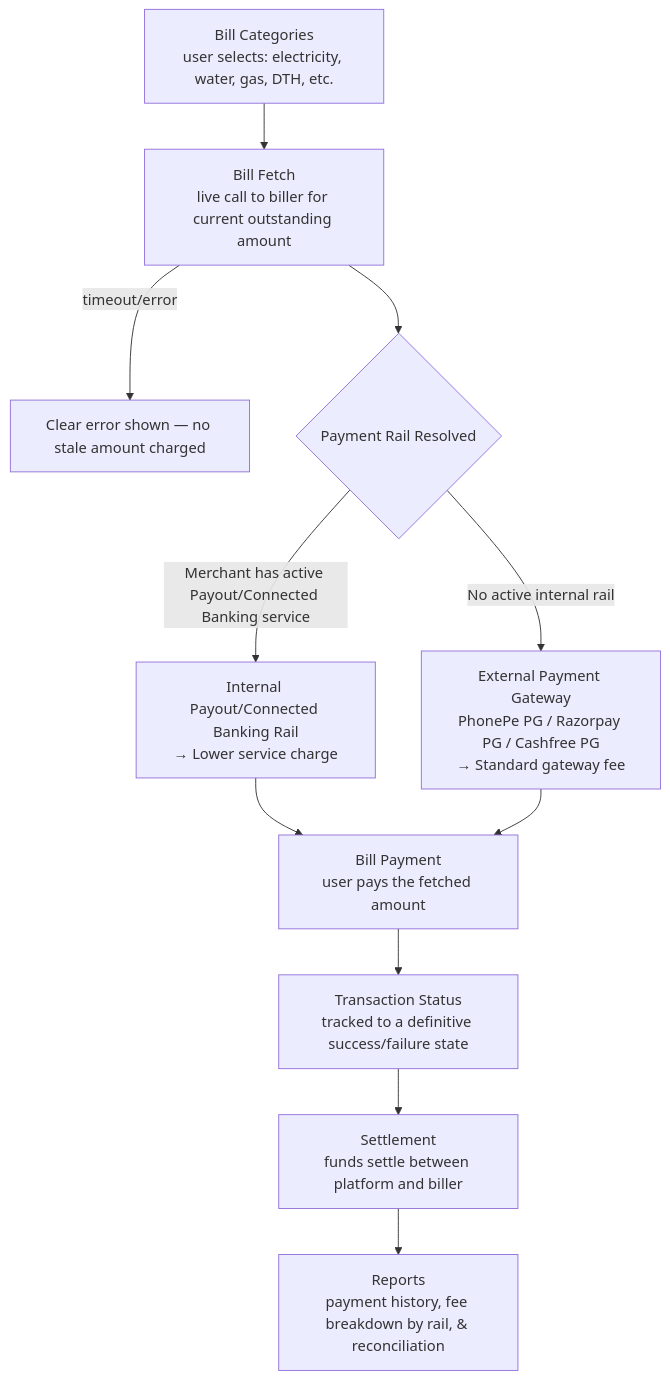
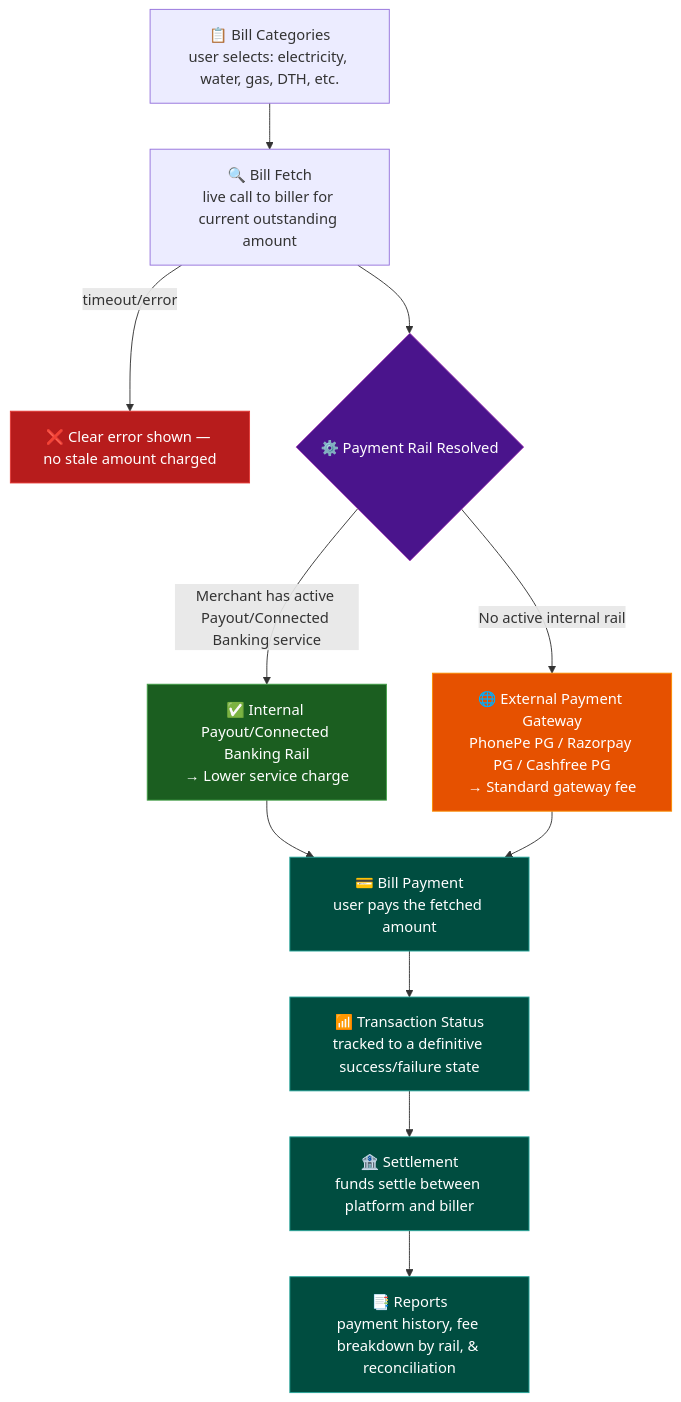
Before and after one commit to ghanendra-sdet/bbps-bill-payment-platform: the diagram in README.md, drawn with Mermaid. The commit also changed other lines of this file, not shown here.

Commit message:
docs: refresh root README with richer diagrams and clearer prose

````diff
--- a/README.md
+++ b/README.md
@@ -123,13 +124,25 @@
 ```mermaid
 flowchart TD
-    A["Bill Categories<br/>user selects: electricity, water, gas, DTH, etc."] --> B["Bill Fetch<br/>live call to biller for current outstanding amount"]
-    B -->|timeout/error| B1["Clear error shown — no stale amount charged"]
-    B --> C{"Payment Rail Resolved"}
-    C -->|Merchant has active Payout/Connected Banking service| D["Internal Payout/Connected Banking Rail<br/>→ Lower service charge"]
-    C -->|No active internal rail| E["External Payment Gateway<br/>PhonePe PG / Razorpay PG / Cashfree PG<br/>→ Standard gateway fee"]
-    D --> F["Bill Payment<br/>user pays the fetched amount"]
+    A["📋 Bill Categories<br/>user selects: electricity, water, gas, DTH, etc."] --> B["🔍 Bill Fetch<br/>live call to biller for current outstanding amount"]
+    B -->|timeout/error| B1["❌ Clear error shown — no stale amount charged"]
+    B --> C{"⚙️ Payment Rail Resolved"}
+    C -->|Merchant has active Payout/Connected Banking service| D["✅ Internal Payout/Connected Banking Rail<br/>→ Lower service charge"]
+    C -->|No active internal rail| E["🌐 External Payment Gateway<br/>PhonePe PG / Razorpay PG / Cashfree PG<br/>→ Standard gateway fee"]
+    D --> F["💳 Bill Payment<br/>user pays the fetched amount"]
     E --> F
-    F --> G["Transaction Status<br/>tracked to a definitive success/failure state"]
-    G --> H["Settlement<br/>funds settle between platform and biller"]
-    H --> I["Reports<br/>payment history, fee breakdown by rail, & reconciliation"]
+    F --> G["📶 Transaction Status<br/>tracked to a definitive success/failure state"]
+    G --> H["🏦 Settlement<br/>funds settle between platform and biller"]
+    H --> I["📑 Reports<br/>payment history, fee breakdown by rail, & reconciliation"]
+
+    classDef gate fill:#4a148c,color:#fff,stroke:#ab47bc,stroke-width:1px
+    classDef good fill:#1b5e20,color:#fff,stroke:#43a047,stroke-width:1px
+    classDef warn fill:#e65100,color:#fff,stroke:#fb8c00,stroke-width:1px
+    classDef bad fill:#b71c1c,color:#fff,stroke:#e53935,stroke-width:1px
+    classDef service fill:#004d40,color:#fff,stroke:#26a69a,stroke-width:1px
+
+    class C gate
+    class D good
+    class E warn
+    class B1 bad
+    class F,G,H,I service
 ```
````
